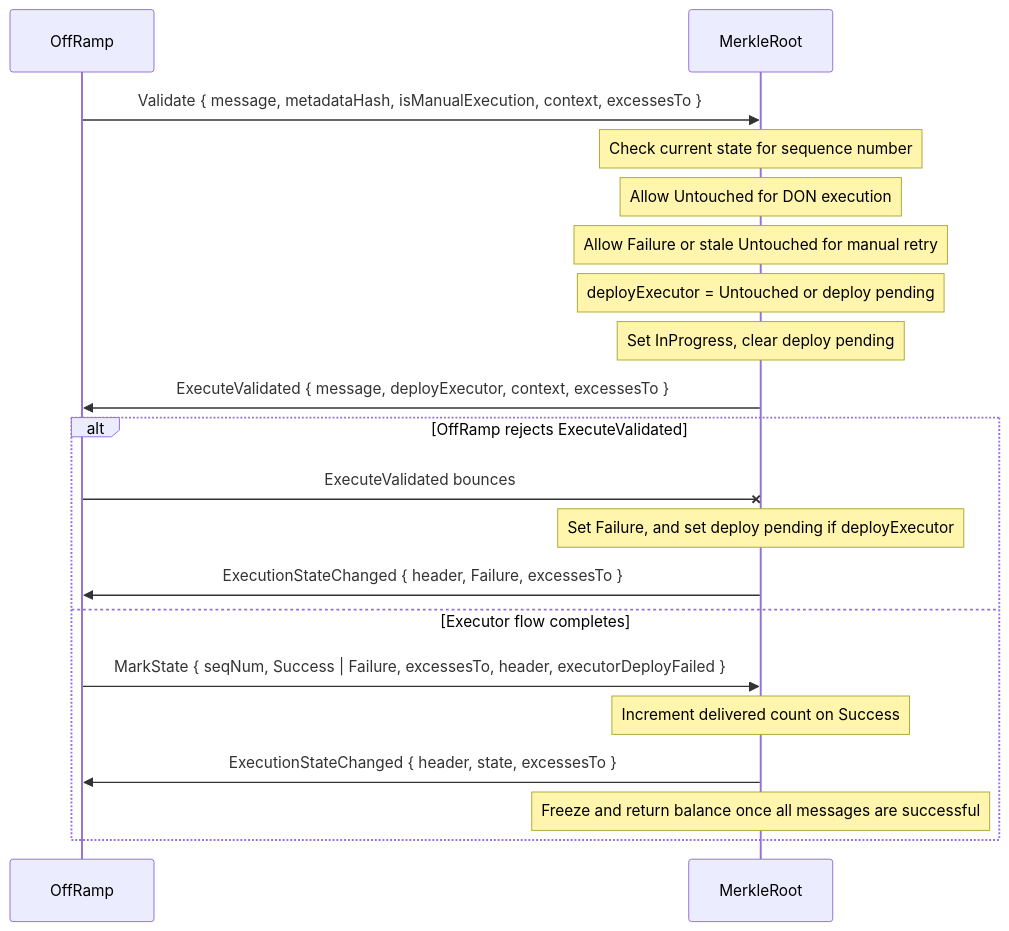
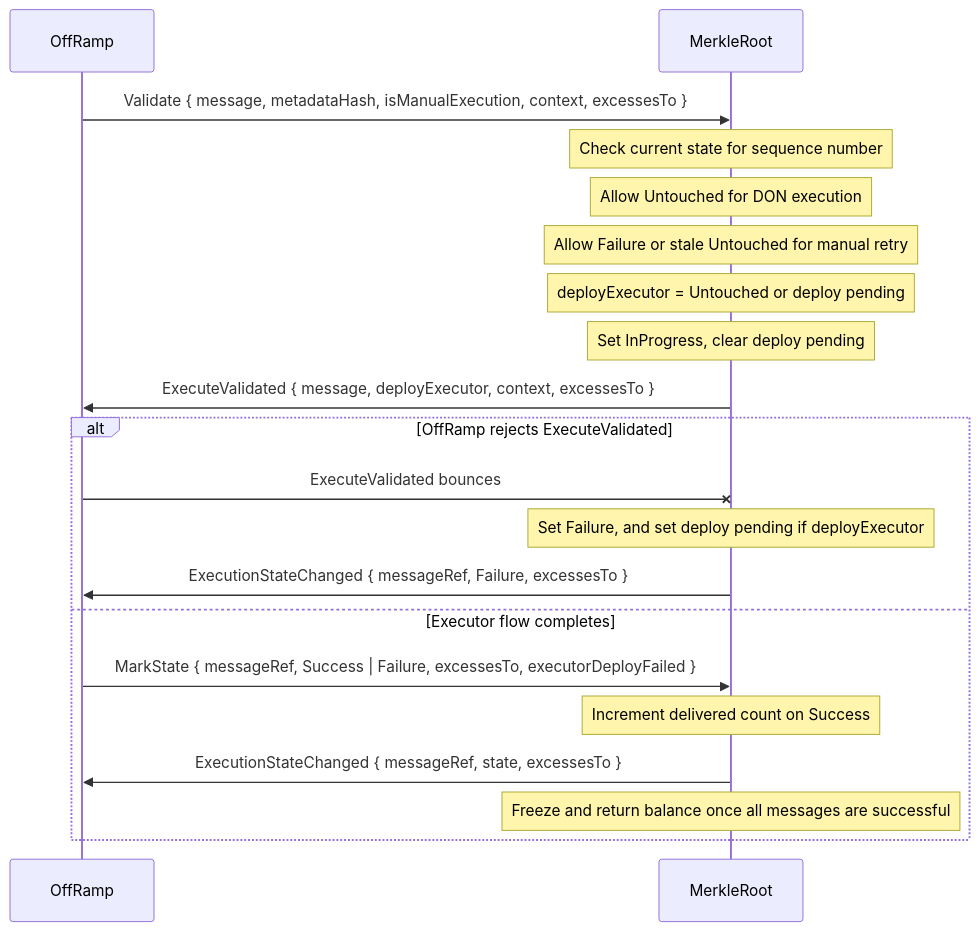
Before and after one commit to smartcontractkit/chainlink-ton: the third of 3 diagrams in docs/contracts/overview/ccip/offramp/merkle-root.md, drawn with Mermaid. The commit also changed other lines of this file and 14 other files, not shown here.

Commit message:
ref: duplicate data with `header`

````diff
--- a/docs/contracts/overview/ccip/offramp/merkle-root.md
+++ b/docs/contracts/overview/ccip/offramp/merkle-root.md
@@ -72,24 +72,24 @@
 ```mermaid
 sequenceDiagram
     participant OFR as OffRamp
     participant MR as MerkleRoot
 
     OFR ->> MR: Validate { message, metadataHash, isManualExecution, context, excessesTo }
     Note over MR: Check current state for sequence number
     Note over MR: Allow Untouched for DON execution
     Note over MR: Allow Failure or stale Untouched for manual retry
     Note over MR: deployExecutor = Untouched or deploy pending
     Note over MR: Set InProgress, clear deploy pending
     MR ->> OFR: ExecuteValidated { message, deployExecutor, context, excessesTo }
 
     alt OffRamp rejects ExecuteValidated
     OFR -x MR: ExecuteValidated bounces
     Note over MR: Set Failure, and set deploy pending if deployExecutor
-    MR ->> OFR: ExecutionStateChanged { header, Failure, excessesTo }
+    MR ->> OFR: ExecutionStateChanged { messageRef, Failure, excessesTo }
     else Executor flow completes
-    OFR ->> MR: MarkState { seqNum, Success | Failure, excessesTo, header, executorDeployFailed }
+    OFR ->> MR: MarkState { messageRef, Success | Failure, excessesTo, executorDeployFailed }
     Note over MR: Increment delivered count on Success
-    MR ->> OFR: ExecutionStateChanged { header, state, excessesTo }
+    MR ->> OFR: ExecutionStateChanged { messageRef, state, excessesTo }
     Note over MR: Freeze and return balance once all messages are successful
     end
 ```
````
